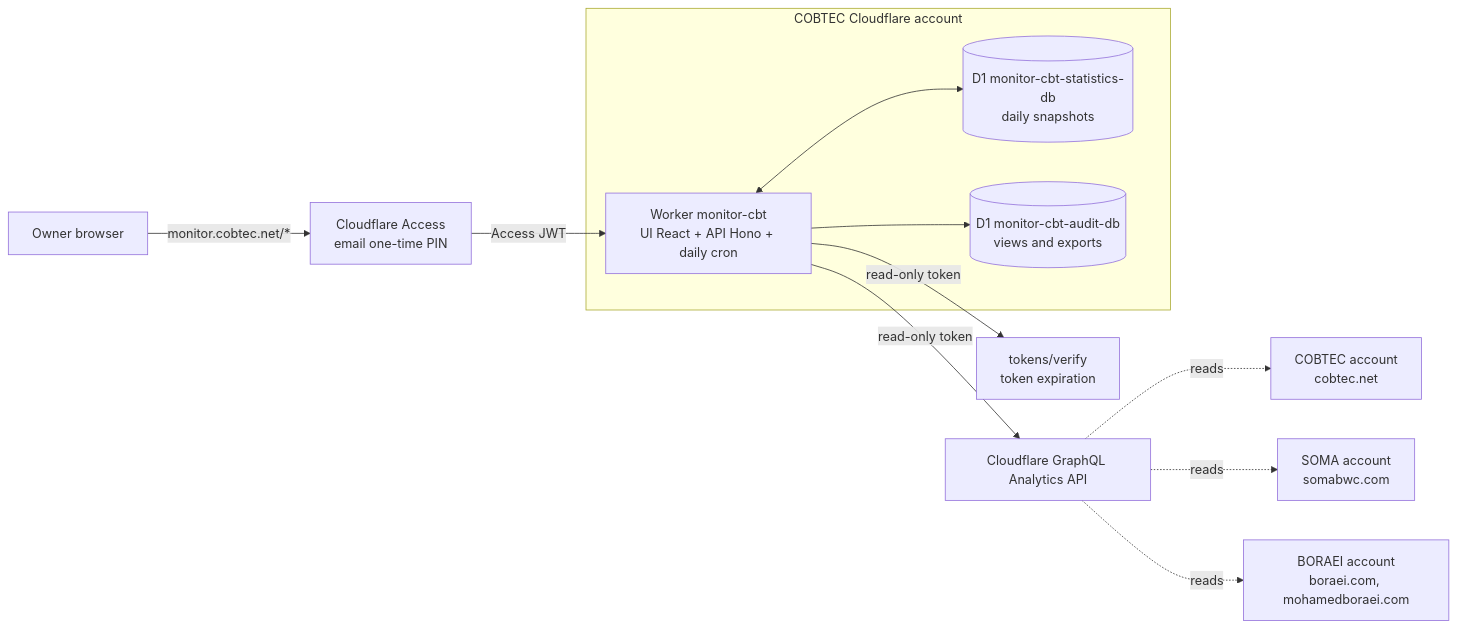
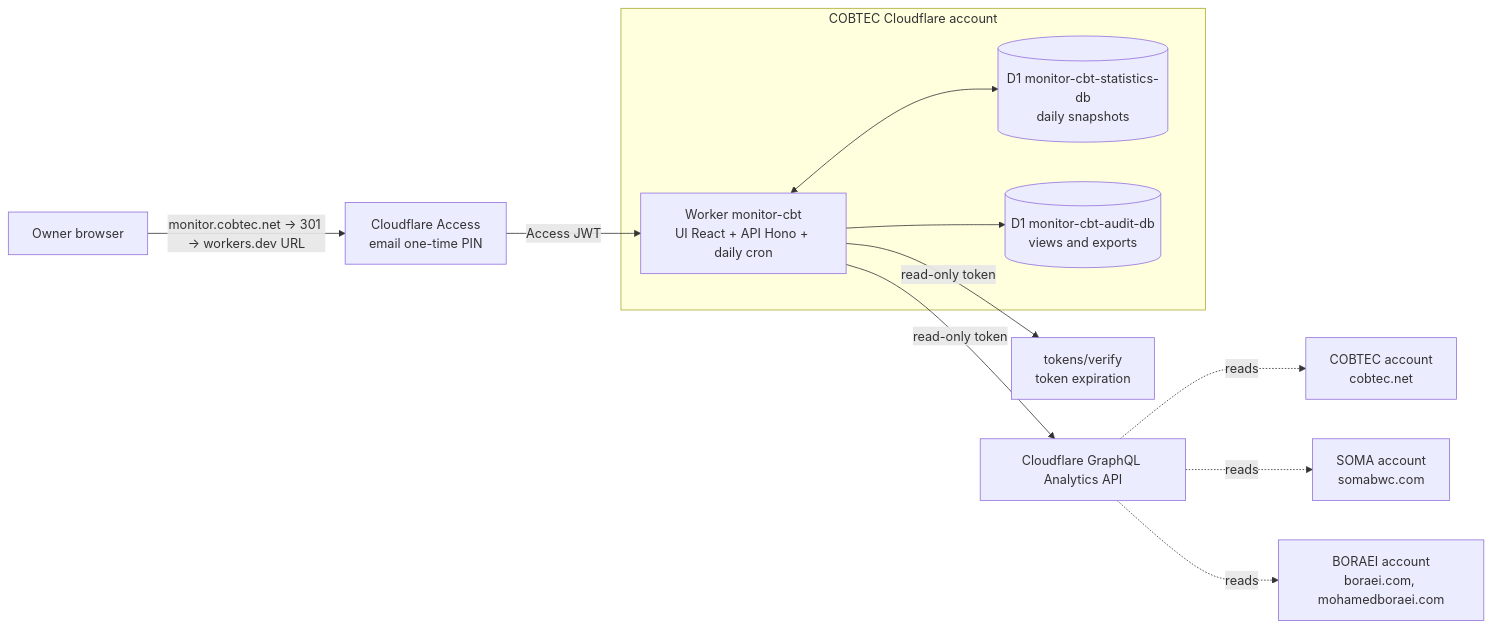
The diagram in docs/ARCHITECTURE.md (acobosm/Monitor-CBT), drawn with Mermaid before and after one commit. The commit also changed other lines of this file and 9 other files, not shown here.

First line of the commit message:
Write analytics token guide and publish at workers.dev with GoDaddy redirect

````diff
--- a/docs/ARCHITECTURE.md
+++ b/docs/ARCHITECTURE.md
@@ -24,20 +24,20 @@
 ```mermaid
 flowchart LR
-  user[Owner browser] -->|monitor.cobtec.net/*| access[Cloudflare Access<br/>email one-time PIN]
+  user[Owner browser] -->|monitor.cobtec.net → 301 → workers.dev URL| access[Cloudflare Access<br/>email one-time PIN]
   access -->|Access JWT| worker
 
   subgraph cobtec[COBTEC Cloudflare account]
     worker[Worker monitor-cbt<br/>UI React + API Hono + daily cron]
     db[(D1 monitor-cbt-statistics-db<br/>daily snapshots)]
     audit[(D1 monitor-cbt-audit-db<br/>views and exports)]
     worker <--> db
     worker --> audit
   end
 
   worker -->|read-only token| gql[Cloudflare GraphQL Analytics API]
   worker -->|read-only token| verify[tokens/verify<br/>token expiration]
 
   gql -.reads.-> a1[COBTEC account<br/>cobtec.net]
   gql -.reads.-> a2[SOMA account<br/>somabwc.com]
   gql -.reads.-> a3[BORAEI account<br/>boraei.com, mohamedboraei.com]
 ```
````
